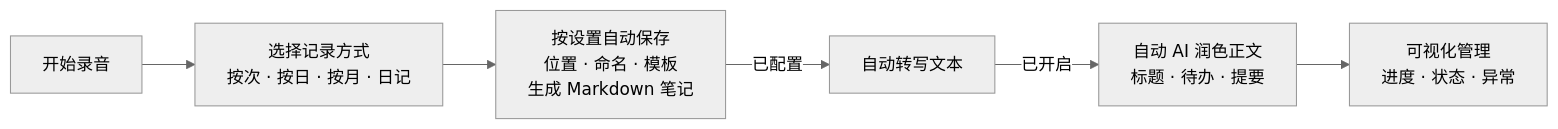
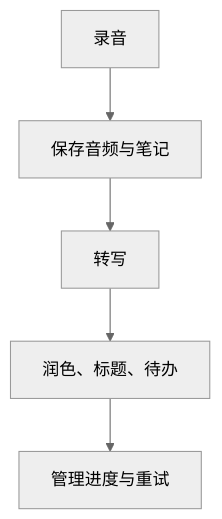
Before and after one commit to jiaoyingxing/resojot: the diagram in README.md, drawn with Mermaid (neutral theme). The commit also changed other lines of this file, not shown here.

Commit message:
docs: refine Chinese homepage intro

````diff
--- a/README.md
+++ b/README.md
@@ -30,8 +32,9 @@
 ```mermaid
-flowchart LR
-    A["开始录音"] --> B["选择记录方式<br/>按次 · 按日 · 按月 · 日记"]
-    B --> C["按设置自动保存<br/>位置 · 命名 · 模板<br/>生成 Markdown 笔记"]
-    C -->|已配置| D["自动转写文本"]
-    D -->|已开启| E["自动 AI 润色正文<br/>标题 · 待办 · 提要"]
-    E --> F["可视化管理<br/>进度 · 状态 · 异常"]
+flowchart TB
+    A["录音"]
+    B["保存音频与笔记"]
+    C["转写"]
+    D["润色、标题、待办"]
+    E["管理进度与重试"]
+    A --> B --> C --> D --> E
 ```
````
